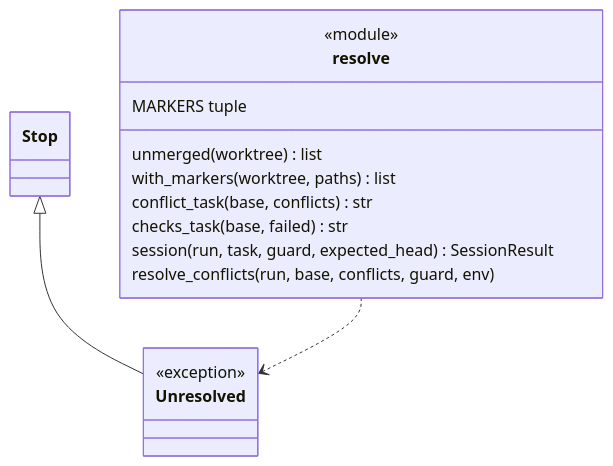
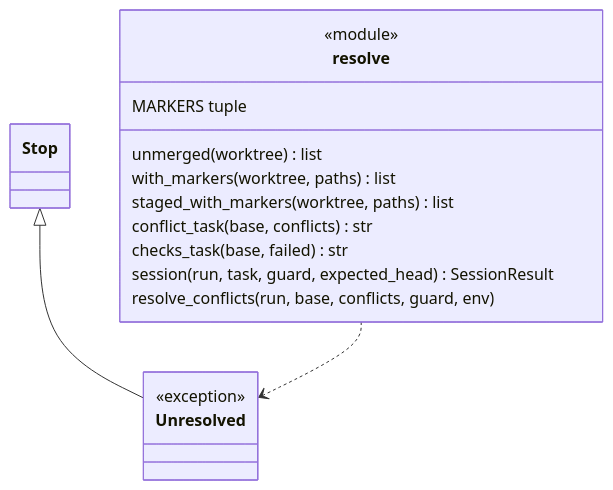
Before and after one commit to plaplanche/ariane: the second of 3 diagrams in docs/architecture/modules/resolve.md, drawn with Mermaid. The commit also changed other lines of this file and 6 other files, not shown here.

````diff
--- a/docs/architecture/modules/resolve.md
+++ b/docs/architecture/modules/resolve.md
@@ -46,18 +50,19 @@
 ```mermaid
 classDiagram
 class Unresolved {
   <<exception>>
 }
 class resolve {
   <<module>>
   MARKERS tuple
   unmerged(worktree) list
   with_markers(worktree, paths) list
+  staged_with_markers(worktree, paths) list
   conflict_task(base, conflicts) str
   checks_task(base, failed) str
   session(run, task, guard, expected_head) SessionResult
   resolve_conflicts(run, base, conflicts, guard, env)
 }
 Stop <|-- Unresolved
 resolve ..> Unresolved
 ```
````
